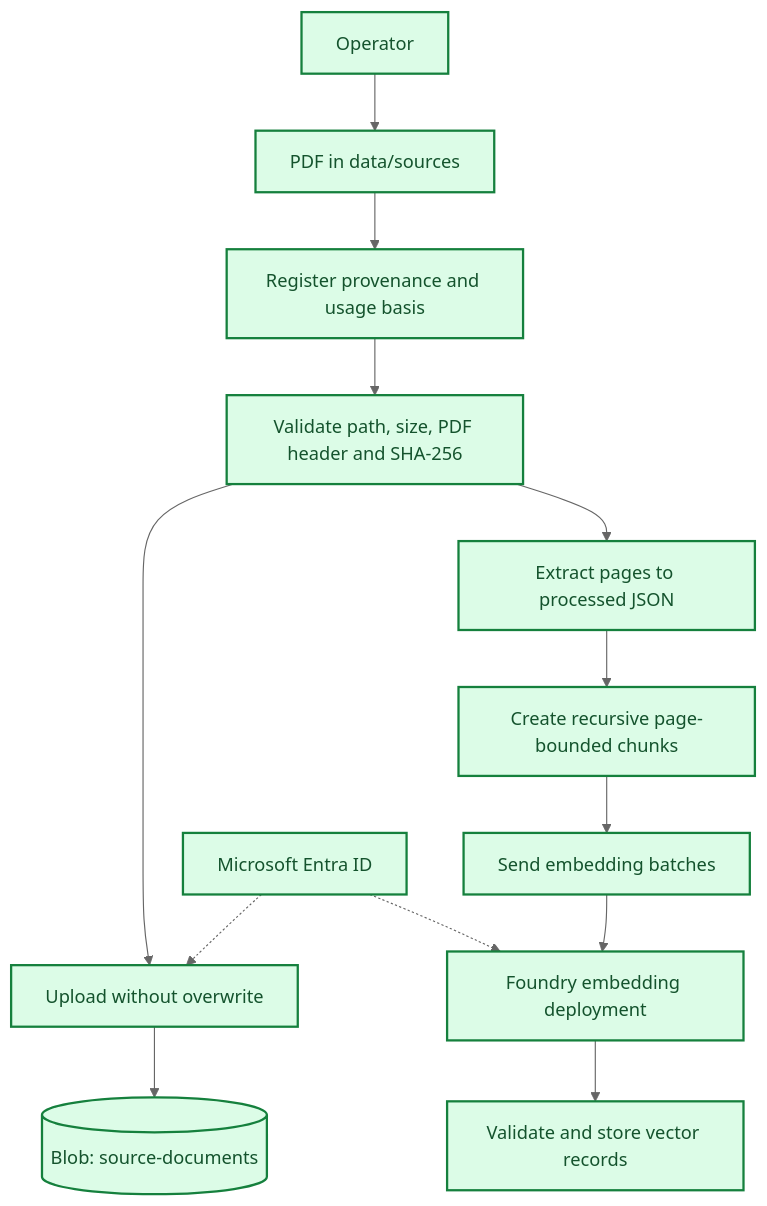
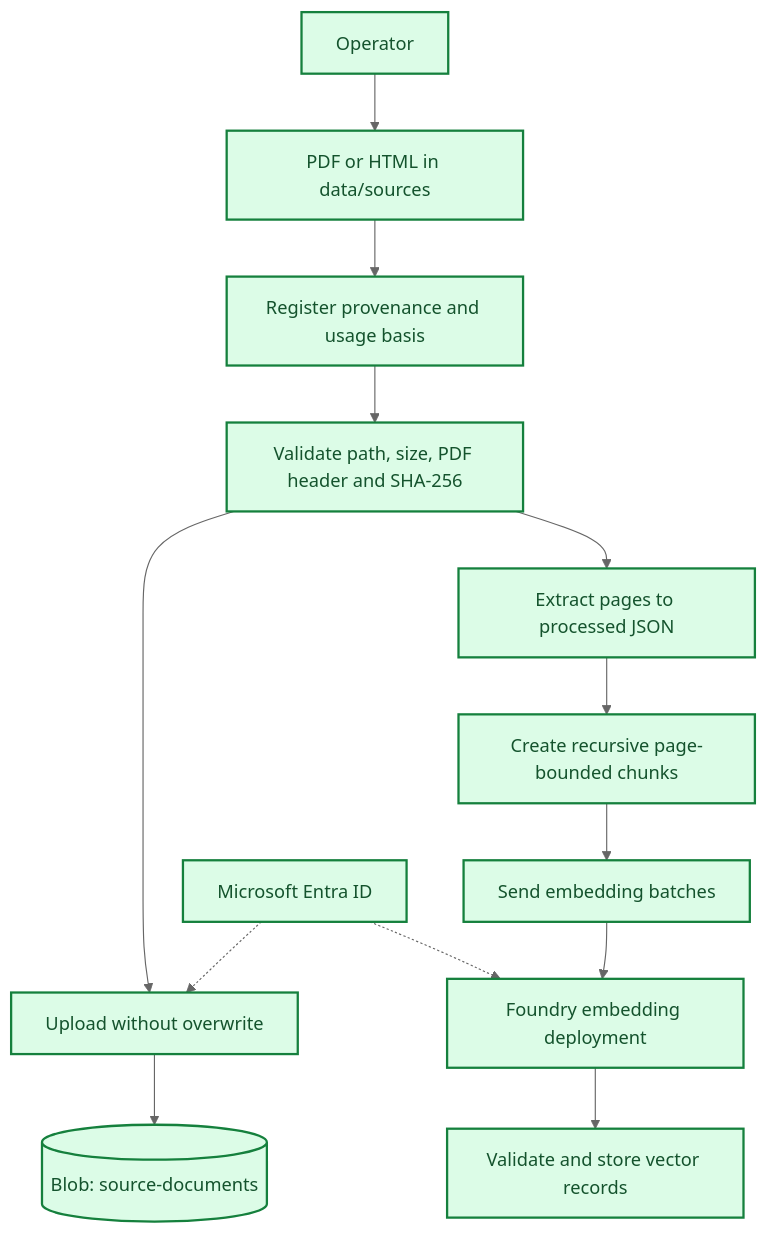
The second of 3 diagrams in docs/overview/project-architecture.md (kenjihilasak/uol-finance-ai-assistant), drawn with Mermaid (neutral theme) before and after one commit. The commit also changed other lines of this file and 22 other files, not shown here.

````diff
--- a/docs/overview/project-architecture.md
+++ b/docs/overview/project-architecture.md
@@ -54,26 +54,26 @@
 ```mermaid
 flowchart TB
     classDef implemented fill:#DCFCE7,stroke:#15803D,color:#14532D,stroke-width:2px
 
     operator[Operator]
-    pdf[PDF in data/sources]
+    pdf[PDF or HTML in data/sources]
     register[Register provenance and usage basis]
     validate[Validate path, size, PDF header and SHA-256]
     upload[Upload without overwrite]
     sourceBlob[(Blob: source-documents)]
     extract[Extract pages to processed JSON]
     chunk[Create recursive page-bounded chunks]
     request[Send embedding batches]
     model[Foundry embedding deployment]
     records[Validate and store vector records]
     entra[Microsoft Entra ID]
 
     operator --> pdf --> register --> validate
     validate --> upload --> sourceBlob
     validate --> extract --> chunk --> request
     request --> model --> records
     entra -.-> upload
     entra -.-> model
 
     class operator,pdf,register,validate,upload,sourceBlob,extract,chunk,request,model,records,entra implemented
 ```
````
